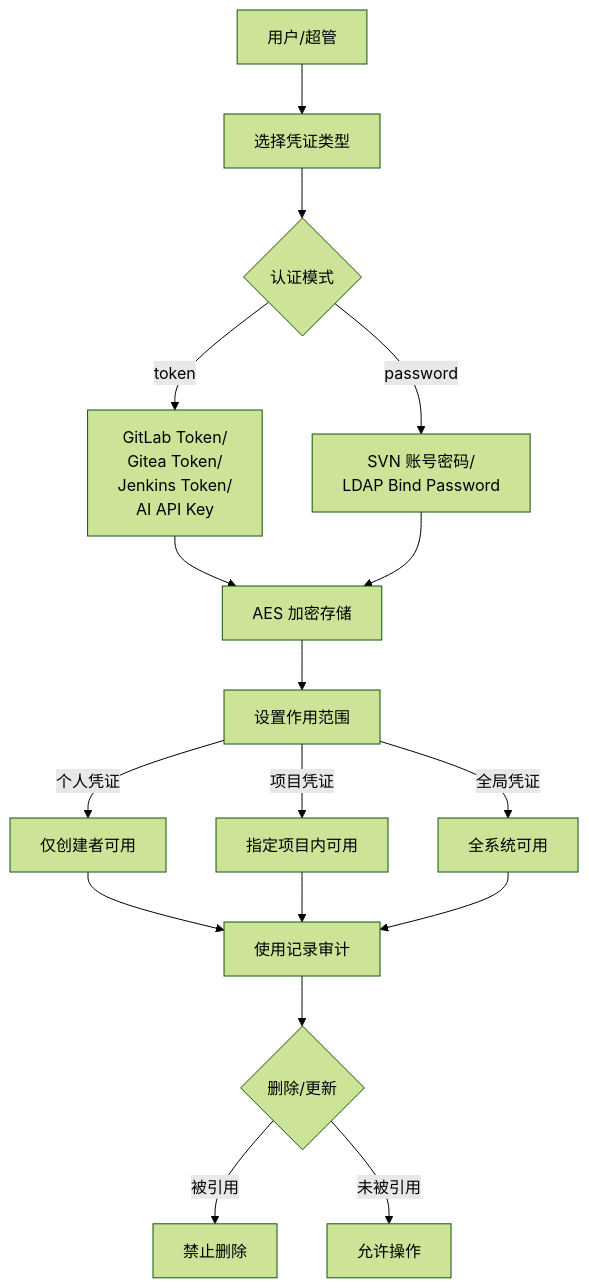
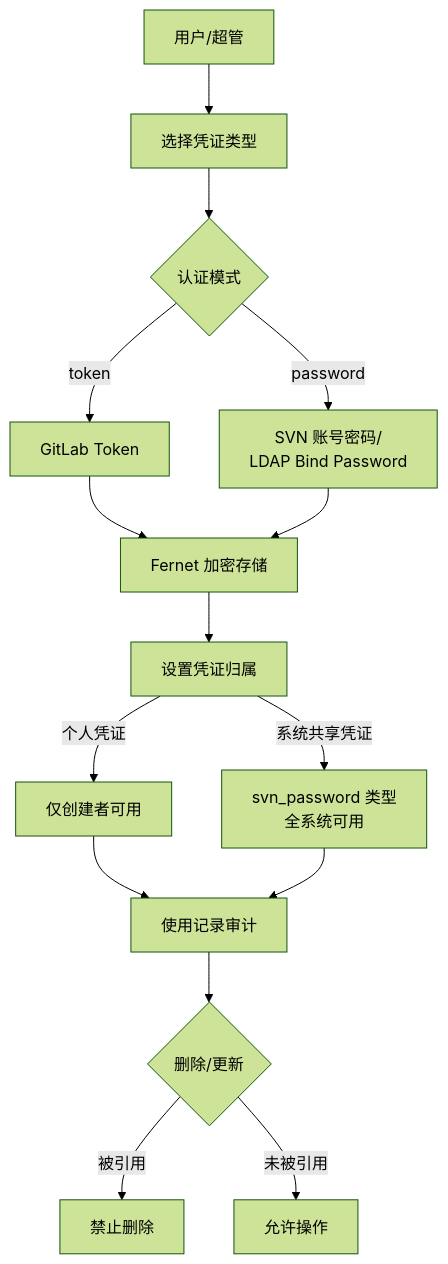
Before and after one commit to qingxiaoyuan/trace-ship: the third of 17 diagrams in docs/business-process-analysis.md, drawn with Mermaid (forest theme). The commit also changed other lines of this file and 8 other files, not shown here.

````diff
--- a/docs/business-process-analysis.md
+++ b/docs/business-process-analysis.md
@@ -90,19 +112,17 @@
 ```mermaid
 flowchart TD
     A[用户/超管] --> B[选择凭证类型]
     B --> C{认证模式}
-    C -->|token| D[GitLab Token/<br/>Gitea Token/<br/>Jenkins Token/<br/>AI API Key]
+    C -->|token| D[GitLab Token]
     C -->|password| E[SVN 账号密码/<br/>LDAP Bind Password]
-    D --> F[AES 加密存储]
+    D --> F[Fernet 加密存储]
     E --> F
-    F --> G[设置作用范围]
+    F --> G[设置凭证归属]
     G -->|个人凭证| H[仅创建者可用]
-    G -->|项目凭证| I[指定项目内可用]
-    G -->|全局凭证| J[全系统可用]
+    G -->|系统共享凭证| I[svn_password 类型<br/>全系统可用]
     H --> K[使用记录审计]
     I --> K
-    J --> K
     K --> L{删除/更新}
     L -->|被引用| M[禁止删除]
     L -->|未被引用| N[允许操作]
 ```
````
